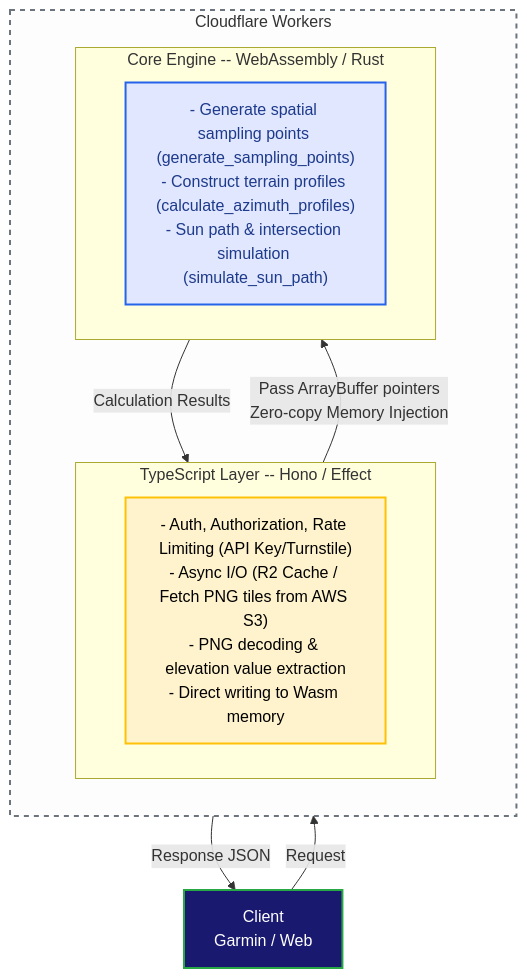
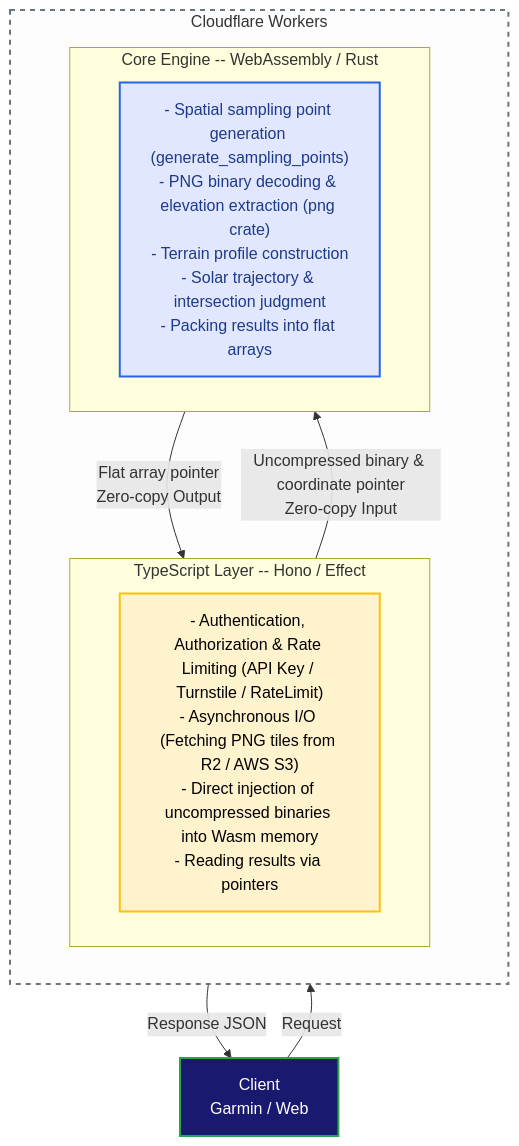
One commit to tomopumipumi/yamakage changed the diagram in docs/adr/003-wasm-core-calculation-engine.md. Above: the diagram before and after it, drawn with Mermaid. The commit also changed other lines of this file and 7 other files, not shown here.

````diff
--- a/docs/adr/003-wasm-core-calculation-engine.md
+++ b/docs/adr/003-wasm-core-calculation-engine.md
@@ -32,32 +33,32 @@
 ```mermaid
 flowchart TB
     classDef client fill:#191970,stroke:#28a745,stroke-width:2px,color:#fff;
     classDef ts fill:#fff3cd,stroke:#ffc107,stroke-width:2px,color:#000;
     classDef wasm fill:#e0e7ff,stroke:#2563eb,stroke-width:2px,color:#1e3a8a;
     classDef worker fill:#fdfdfd,stroke:#6c757d,stroke-width:2px,stroke-dasharray: 5 5;
 
     Client[Client<br/>Garmin / Web]:::client
 
     subgraph Workers [Cloudflare Workers]
         direction TB
 
         subgraph TS [TypeScript Layer -- Hono / Effect]
-            TS_Func["- Auth, Authorization, Rate Limiting (API Key/Turnstile)<br/>- Async I/O (R2 Cache / Fetch PNG tiles from AWS S3)<br/>- PNG decoding & elevation value extraction<br/>- Direct writing to Wasm memory"]
+            TS_Func["- Authentication, Authorization & Rate Limiting (API Key / Turnstile / RateLimit)<br/>- Asynchronous I/O (Fetching PNG tiles from R2 / AWS S3)<br/>- Direct injection of uncompressed binaries into Wasm memory<br/>- Reading results via pointers"]
         end
 
         subgraph WASM [Core Engine -- WebAssembly / Rust]
-            WASM_Func["- Generate spatial sampling points (generate_sampling_points)<br/>- Construct terrain profiles (calculate_azimuth_profiles)<br/>- Sun path & intersection simulation (simulate_sun_path)"]
+            WASM_Func["- Spatial sampling point generation (generate_sampling_points)<br/>- PNG binary decoding & elevation extraction (png crate)<br/>- Terrain profile construction<br/>- Solar trajectory & intersection judgment<br/>- Packing results into flat arrays"]
         end
 
-        TS -->|Pass ArrayBuffer pointers<br/>Zero-copy Memory Injection| WASM
-        WASM -->|Calculation Results| TS
+        TS -->|Uncompressed binary & coordinate pointer<br/>Zero-copy Input| WASM
+        WASM -->|Flat array pointer<br/>Zero-copy Output| TS
     end
 
     Client -->|Request| TS
     TS -->|Response JSON| Client
 
     class Workers worker;
     class TS_Func ts;
     class WASM_Func wasm;
 
 ```
````
